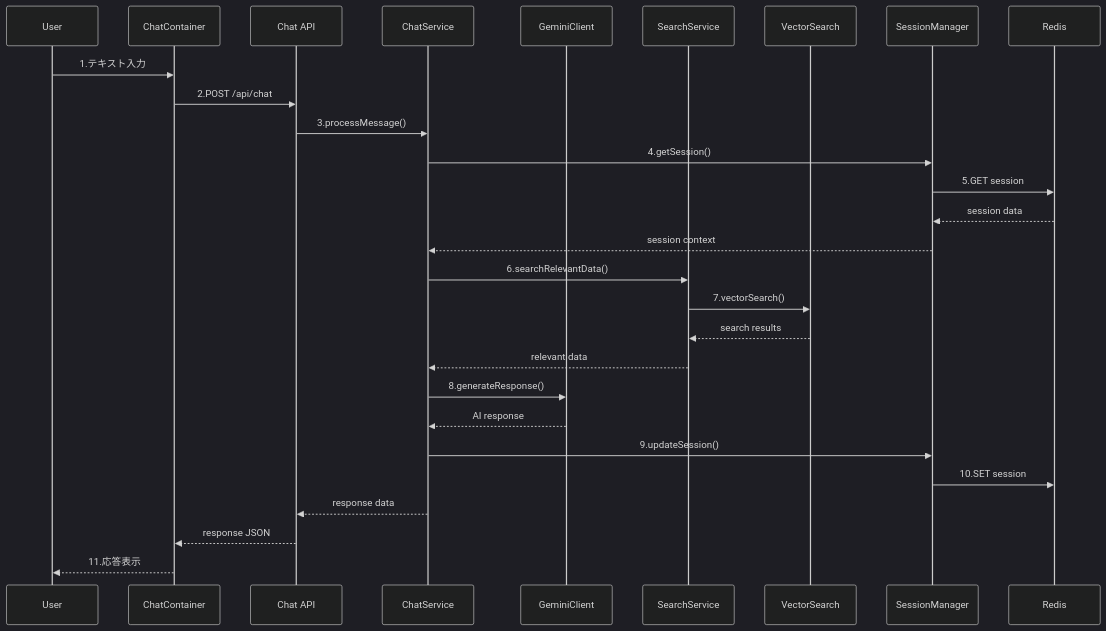
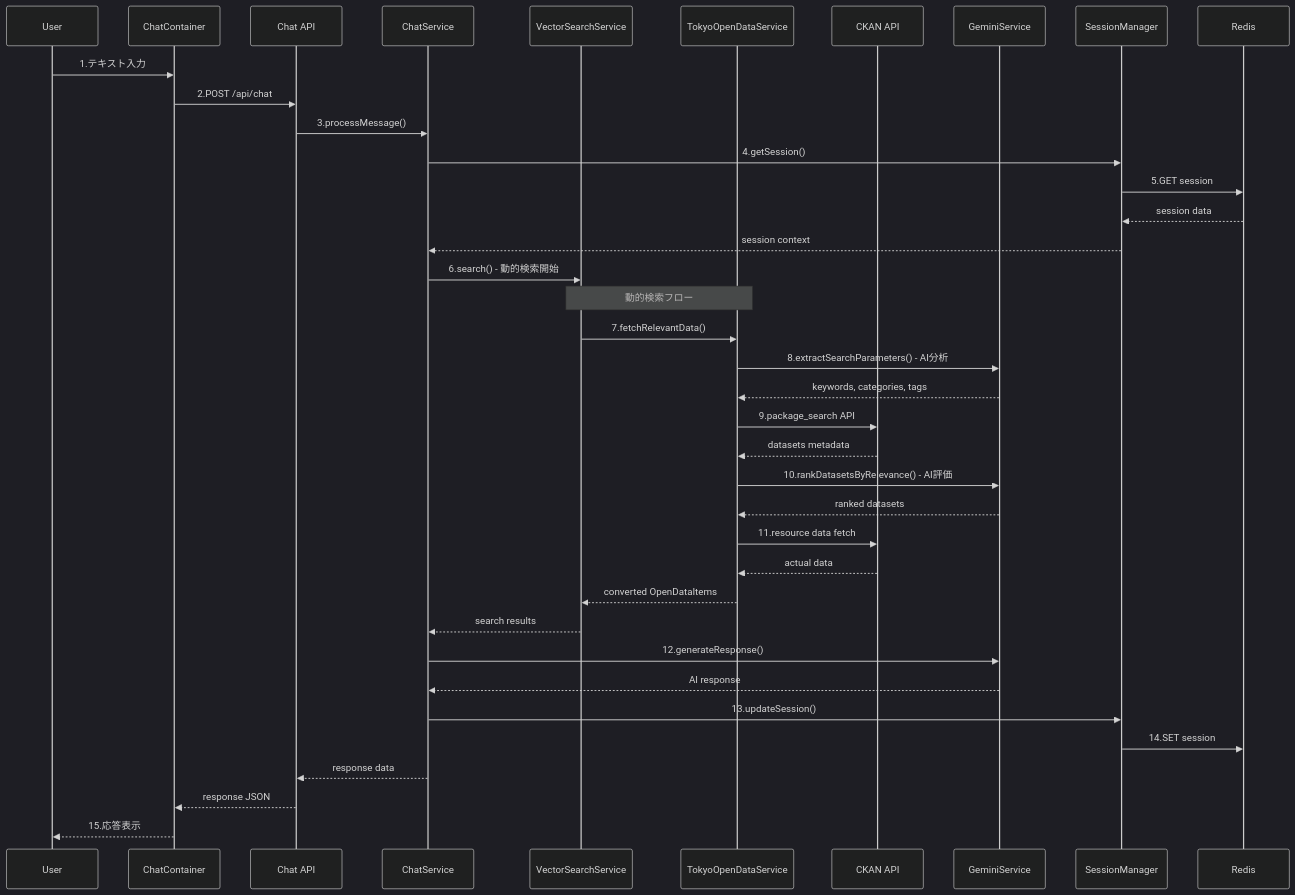
Before and after one commit to WLONEGI/TokyoOpenDataHackathon: the first of 5 diagrams in Documents/detailed-design.md, drawn with Mermaid (dark theme). The commit also changed other lines of this file and 201 other files, not shown here.

````diff
--- a/Documents/detailed-design.md
+++ b/Documents/detailed-design.md
@@ -220,35 +340,47 @@
 ```mermaid
 sequenceDiagram
     participant U as User
     participant UI as ChatContainer
     participant API as Chat API
     participant CS as ChatService
-    participant GC as GeminiClient
-    participant SS as SearchService
-    participant VVS as VectorSearch
+    participant VSS as VectorSearchService
+    participant TODS as TokyoOpenDataService
+    participant CKAN as CKAN API
+    participant GS as GeminiService
     participant SM as SessionManager
     participant R as Redis
 
     U->>UI: 1.テキスト入力
     UI->>API: 2.POST /api/chat
     API->>CS: 3.processMessage()
     CS->>SM: 4.getSession()
     SM->>R: 5.GET session
     R-->>SM: session data
     SM-->>CS: session context
     
-    CS->>SS: 6.searchRelevantData()
-    SS->>VVS: 7.vectorSearch()
-    VVS-->>SS: search results
-    SS-->>CS: relevant data
+    CS->>VSS: 6.search() - 動的検索開始
     
-    CS->>GC: 8.generateResponse()
-    GC-->>CS: AI response
+    Note over VSS,TODS: 動的検索フロー
+    VSS->>TODS: 7.fetchRelevantData()
+    TODS->>GS: 8.extractSearchParameters() - AI分析
+    GS-->>TODS: keywords, categories, tags
+    TODS->>CKAN: 9.package_search API
+    CKAN-->>TODS: datasets metadata
+    TODS->>GS: 10.rankDatasetsByRelevance() - AI評価
+    GS-->>TODS: ranked datasets
+    TODS->>CKAN: 11.resource data fetch
+    CKAN-->>TODS: actual data
+    TODS-->>VSS: converted OpenDataItems
     
-    CS->>SM: 9.updateSession()
-    SM->>R: 10.SET session
+    VSS-->>CS: search results
+    
+    CS->>GS: 12.generateResponse()
+    GS-->>CS: AI response
+    
+    CS->>SM: 13.updateSession()
+    SM->>R: 14.SET session
     
     CS-->>API: response data
     API-->>UI: response JSON
-    UI-->>U: 11.応答表示
+    UI-->>U: 15.応答表示
 ```
````
